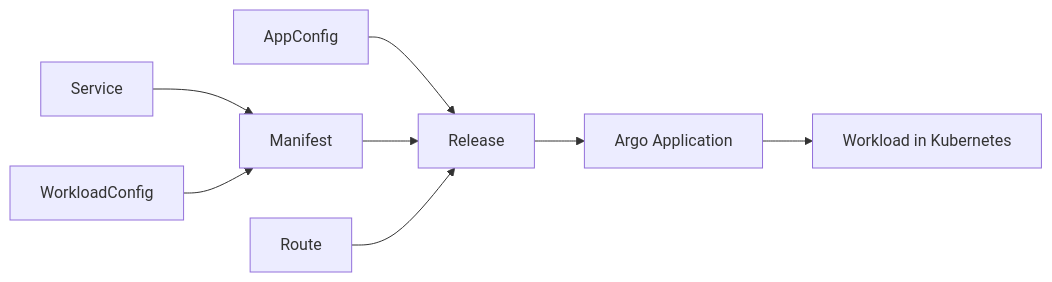
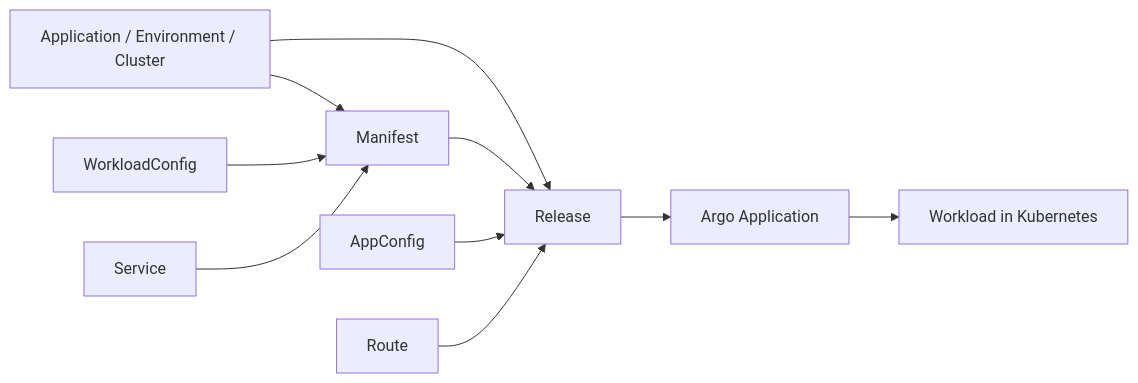
The fifth of 5 diagrams in docs/system/diagrams.md (bsonger/devflow-service), drawn with Mermaid before and after one commit. The commit also changed other lines of this file and 5 other files, not shown here.

````diff
--- a/docs/system/diagrams.md
+++ b/docs/system/diagrams.md
@@ -138,19 +181,22 @@
 ```mermaid
 flowchart LR
+    APPMETA[Application / Environment / Cluster]
     AC[AppConfig]
     WC[WorkloadConfig]
     SVC[Service]
     RT[Route]
     MF[Manifest]
     RL[Release]
     APP[Argo Application]
     WK[Workload in Kubernetes]
 
+    APPMETA --> MF
+    APPMETA --> RL
+    WC --> MF
+    SVC --> MF
+    MF --> RL
     AC --> RL
-    SVC --> MF
-    WC --> MF
-    MF --> RL
     RT --> RL
     RL --> APP
     APP --> WK
 ```
````
